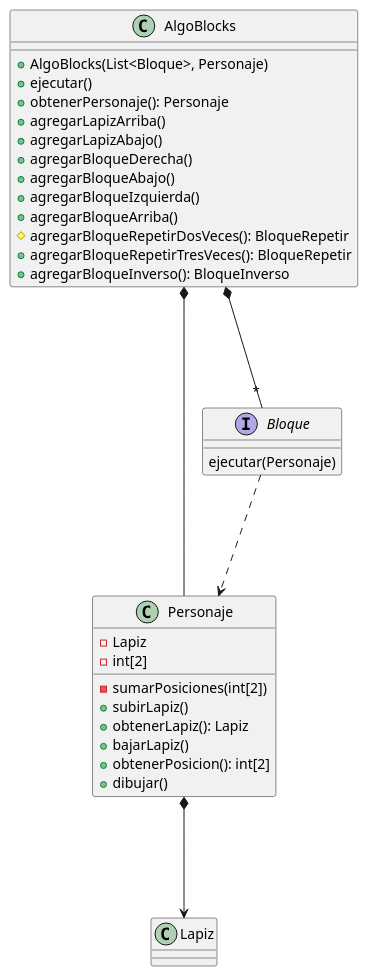
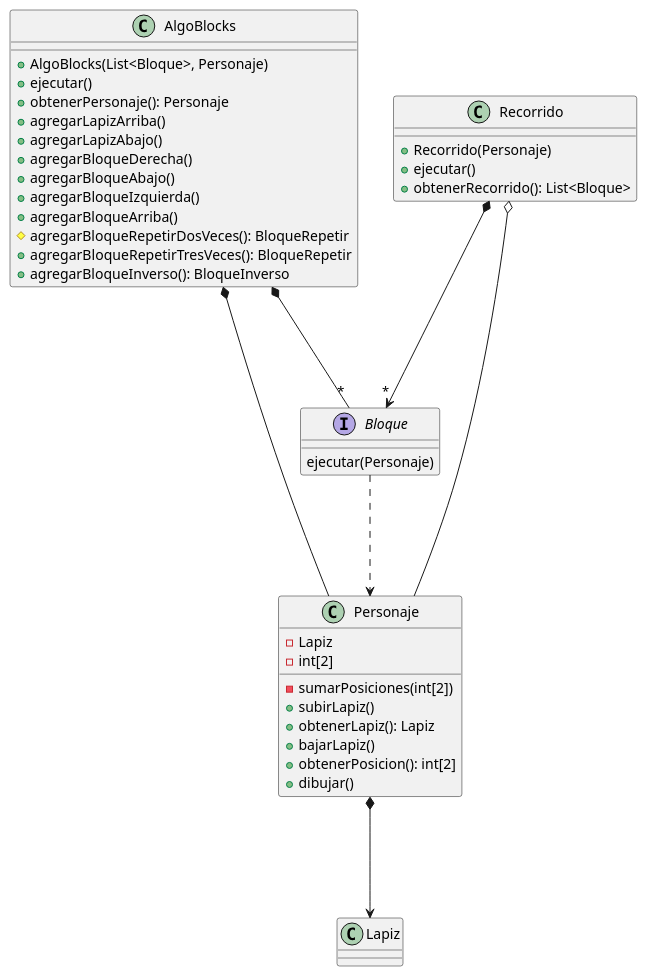
One commit to trinibucc/TP2-AlgoBlocks changed the diagram in Diagramas/AlgoBlocks UML.puml. Above: the diagram before and after it, drawn with PlantUML. The commit also changed 42 other files, not shown here.

Commit message:
Modifique Personaje, y agruegue UML Recorrido

```diff
--- a/Diagramas/AlgoBlocks UML.puml
+++ b/Diagramas/AlgoBlocks UML.puml
@@ -1,36 +1,45 @@
 @startuml
 
 class AlgoBlocks{
     + AlgoBlocks(List<Bloque>, Personaje)
     + ejecutar()
     + obtenerPersonaje(): Personaje
     + agregarLapizArriba()
     + agregarLapizAbajo()
     + agregarBloqueDerecha()
     + agregarBloqueAbajo()
     + agregarBloqueIzquierda()
     + agregarBloqueArriba()
     # agregarBloqueRepetirDosVeces(): BloqueRepetir
     + agregarBloqueRepetirTresVeces(): BloqueRepetir
     + agregarBloqueInverso(): BloqueInverso
 }
 AlgoBlocks *--- Personaje
 AlgoBlocks *--- "*" Bloque
 
 interface Bloque{
     ejecutar(Personaje)
 }
 Bloque ...> Personaje
 
 class Personaje{
     - Lapiz
     - int[2]
     - sumarPosiciones(int[2])
     + subirLapiz()
     + obtenerLapiz(): Lapiz
     + bajarLapiz()
     + obtenerPosicion(): int[2]
     + dibujar()
 }
 Personaje *---> Lapiz
+
+class Recorrido{
+     + Recorrido(Personaje)
+     + ejecutar()
+     + obtenerRecorrido(): List<Bloque>
+
+}
+Recorrido *---> "*" Bloque
+Recorrido o--- Personaje
 @enduml
```
